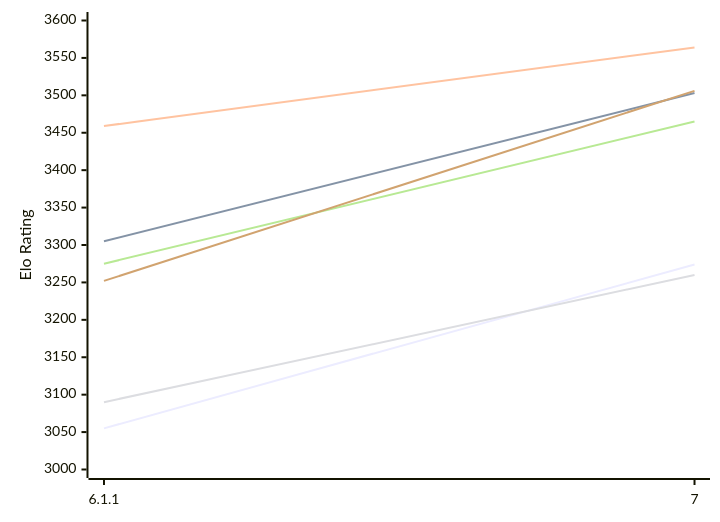
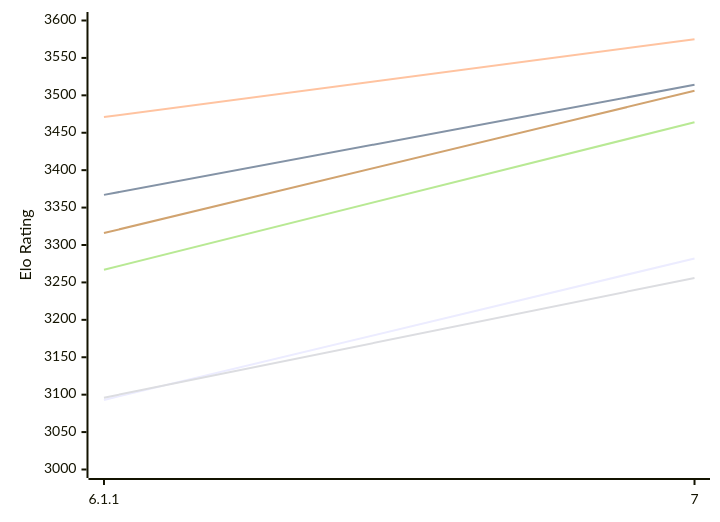
The first of 2 diagrams in engines/Zangdar.md (computer-chess-index/cci), drawn with Mermaid before and after one commit. The commit also changed other lines of this file, not shown here.

Commit message:
Update CCI Ratings (ELO VLTC) - 2026-11-16

````diff
--- a/engines/Zangdar.md
+++ b/engines/Zangdar.md
@@ -53,12 +53,12 @@
 ```mermaid
 %%{init: {"theme":"base","themeVariables":{"seriesColors:['#a3a3a3','#222221','#faa371']}}}%%
 xychart-beta
   x-axis ["6.1.1", "7"]
   y-axis "Elo Rating" 3000 --> 3600
-  line "E1: STC (8.0+0.08s)" [3055, 3274]
-  line "E1: LTC (60.0+0.60s)" [3305, 3503]
-  line "E1: VLTC (2m24s+1.12s)" [3459, 3564]
-  line "P1: STC (8.0+0.08s)" [3090, 3260]
-  line "P1: LTC (60.0+0.60s)" [3275, 3465]
-  line "P1: VLTC (2m24s+1.12s)" [3252, 3506]
+  line "E1: STC (8.0+0.08s)" [3093, 3282]
+  line "E1: LTC (60.0+0.60s)" [3367, 3514]
+  line "E1: VLTC (2m24s+1.12s)" [3471, 3575]
+  line "P1: STC (8.0+0.08s)" [3096, 3256]
+  line "P1: LTC (60.0+0.60s)" [3267, 3464]
+  line "P1: VLTC (2m24s+1.12s)" [3316, 3506]
 ```
````
